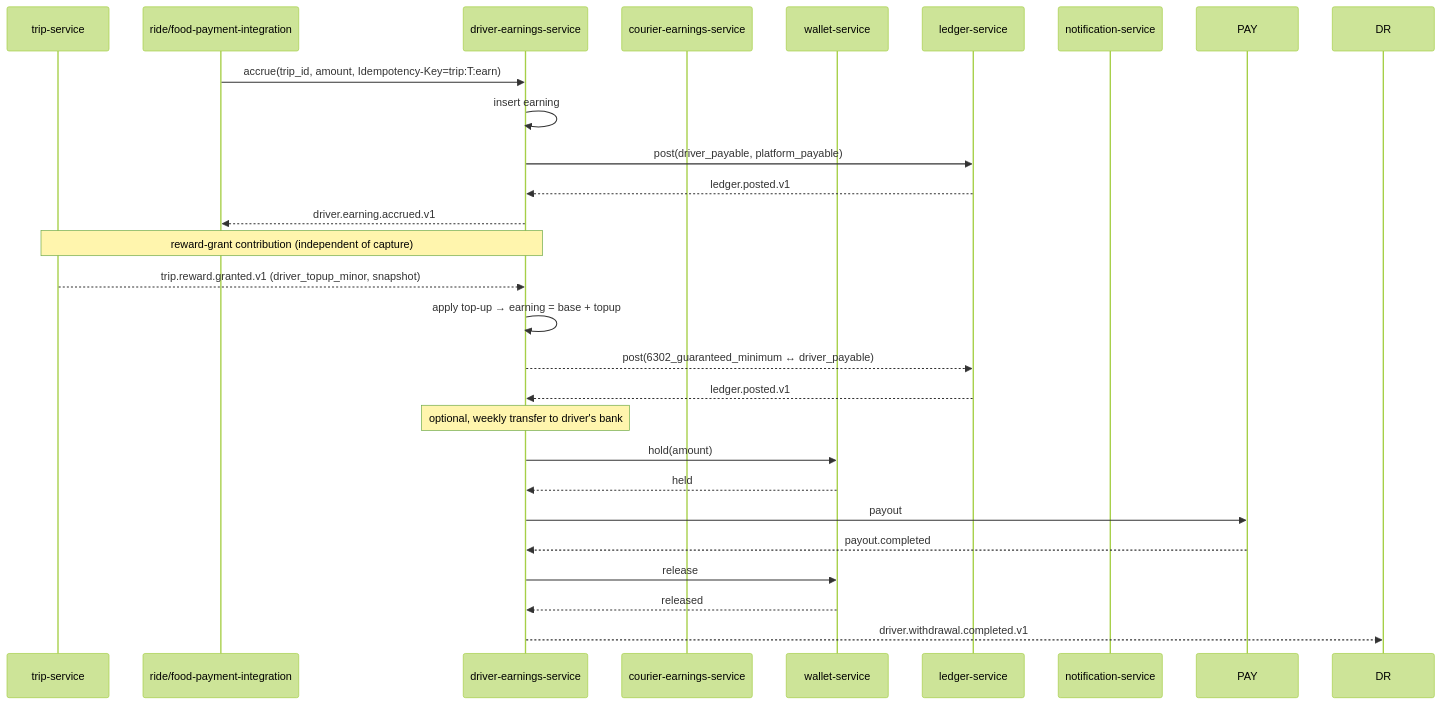
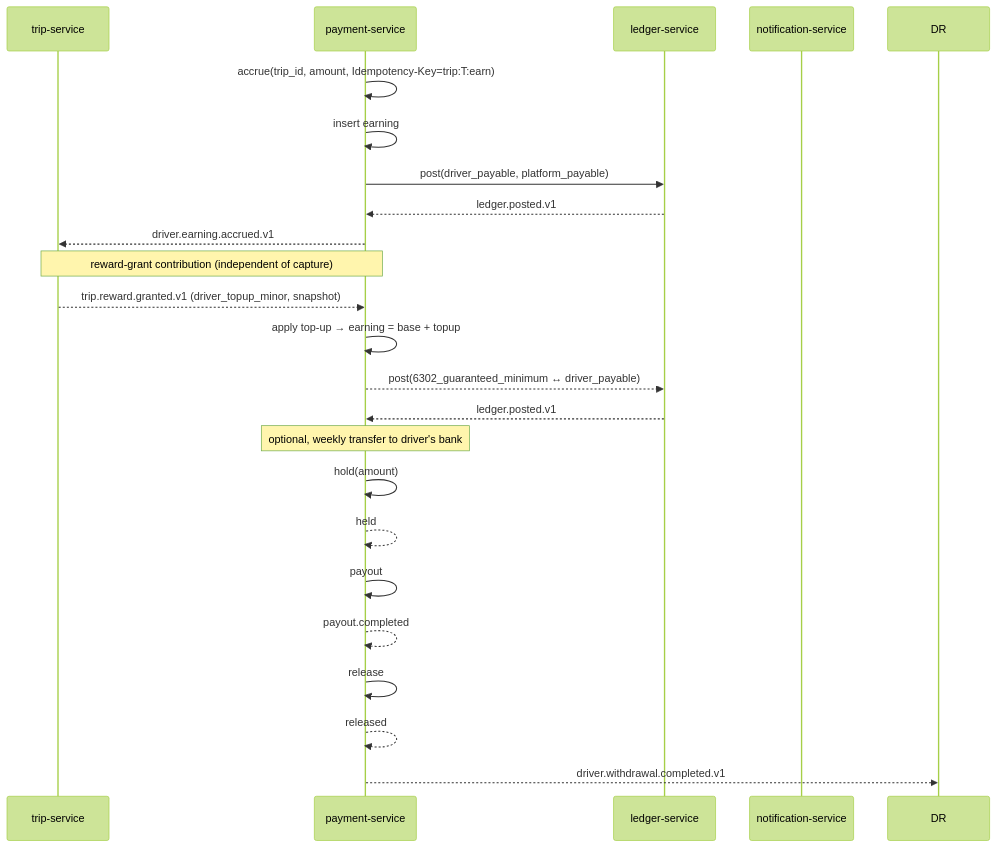
The fourth of 9 diagrams in docs/workflows/PAYMENT_WORKFLOWS.md (mohamedhabibwork/trips-enjoy-docs), drawn with Mermaid (forest theme) before and after one commit. The commit also changed other lines of this file and 525 other files, not shown here.

````diff
--- a/docs/workflows/PAYMENT_WORKFLOWS.md
+++ b/docs/workflows/PAYMENT_WORKFLOWS.md
@@ -100,31 +101,28 @@
 ```mermaid
 sequenceDiagram
     participant TR as trip-service
-    participant ORCH as ride/food-payment-integration
-    participant DE as driver-earnings-service
-    participant CE as courier-earnings-service
-    participant WLT as wallet-service
+    participant PAY as payment-service
     participant LD as ledger-service
     participant NOT as notification-service
 
-    ORCH->>DE: accrue(trip_id, amount, Idempotency-Key=trip:T:earn)
-    DE->>DE: insert earning
-    DE->>LD: post(driver_payable, platform_payable)
-    LD-->>DE: ledger.posted.v1
-    DE-->>ORCH: driver.earning.accrued.v1
+    PAY->>PAY: accrue(trip_id, amount, Idempotency-Key=trip:T:earn)
+    PAY->>PAY: insert earning
+    PAY->>LD: post(driver_payable, platform_payable)
+    LD-->>PAY: ledger.posted.v1
+    PAY-->>TR: driver.earning.accrued.v1
 
-    Note over TR,DE: reward-grant contribution (independent of capture)
-    TR-->>DE: trip.reward.granted.v1 (driver_topup_minor, snapshot)
-    DE->>DE: apply top-up → earning = base + topup
-    DE-->>LD: post(6302_guaranteed_minimum ↔ driver_payable)
-    LD-->>DE: ledger.posted.v1
+    Note over TR,PAY: reward-grant contribution (independent of capture)
+    TR-->>PAY: trip.reward.granted.v1 (driver_topup_minor, snapshot)
+    PAY->>PAY: apply top-up → earning = base + topup
+    PAY-->>LD: post(6302_guaranteed_minimum ↔ driver_payable)
+    LD-->>PAY: ledger.posted.v1
 
-    Note over DE: optional, weekly transfer to driver's bank
-    DE->>WLT: hold(amount)
-    WLT-->>DE: held
-    DE->>PAY: payout
-    PAY-->>DE: payout.completed
-    DE->>WLT: release
-    WLT-->>DE: released
-    DE-->>DR: driver.withdrawal.completed.v1
+    Note over PAY: optional, weekly transfer to driver's bank
+    PAY->>PAY: hold(amount)
+    PAY-->>PAY: held
+    PAY->>PAY: payout
+    PAY-->>PAY: payout.completed
+    PAY->>PAY: release
+    PAY-->>PAY: released
+    PAY-->>DR: driver.withdrawal.completed.v1
 ```
````
